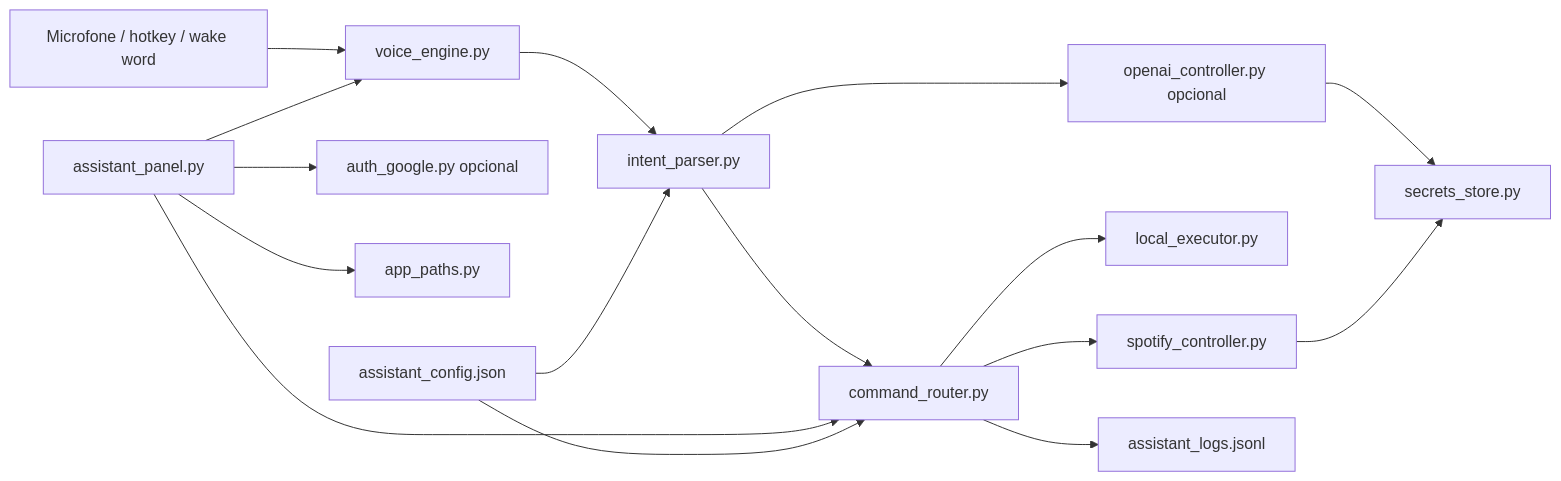
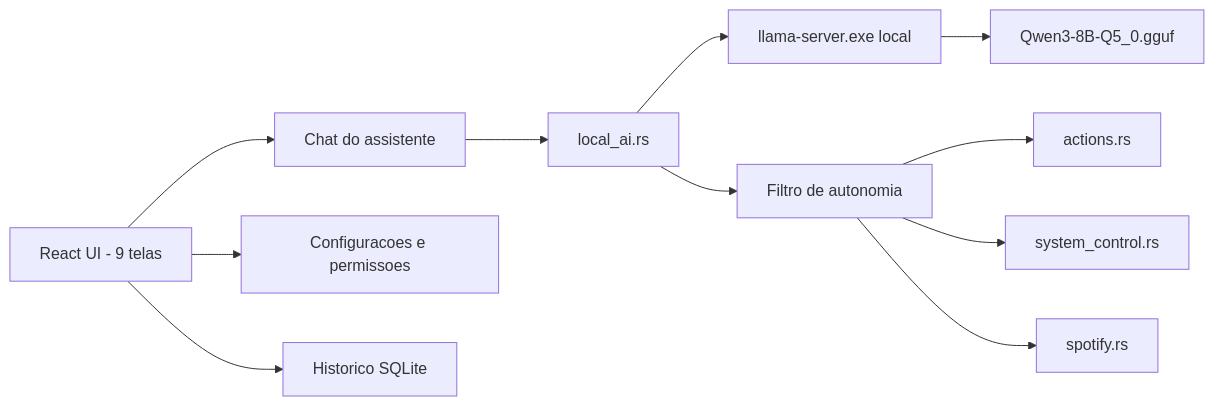
The diagram in docs/ARCHITECTURE.md (mask-bit/pc-control), drawn with Mermaid before and after one commit. The commit also changed other lines of this file and 89 other files, not shown here.

Commit message:
Update PC Control desktop app

````diff
--- a/docs/ARCHITECTURE.md
+++ b/docs/ARCHITECTURE.md
@@ -7,18 +7,13 @@
 ```mermaid
 flowchart LR
-  Mic["Microfone / hotkey / wake word"] --> Voice["voice_engine.py"]
-  Voice --> Parser["intent_parser.py"]
-  Parser --> OpenAI["openai_controller.py opcional"]
-  Parser --> Router["command_router.py"]
-  Router --> Exec["local_executor.py"]
-  Router --> Spotify["spotify_controller.py"]
-  Router --> Logs["assistant_logs.jsonl"]
-  OpenAI --> Secrets["secrets_store.py"]
-  Spotify --> Secrets
-  Panel --> Google["auth_google.py opcional"]
-  Panel --> Paths["app_paths.py"]
-  Panel["assistant_panel.py"] --> Voice
-  Panel --> Router
-  Config["assistant_config.json"] --> Parser
-  Config --> Router
+  UI["React UI - 9 telas"] --> Chat["Chat do assistente"]
+  Chat --> LocalAI["local_ai.rs"]
+  LocalAI --> Llama["llama-server.exe local"]
+  Llama --> Qwen["Qwen3-8B-Q5_0.gguf"]
+  LocalAI --> Safety["Filtro de autonomia"]
+  Safety --> Actions["actions.rs"]
+  Safety --> System["system_control.rs"]
+  Safety --> Spotify["spotify.rs"]
+  UI --> Settings["Configuracoes e permissoes"]
+  UI --> History["Historico SQLite"]
 ```
````
